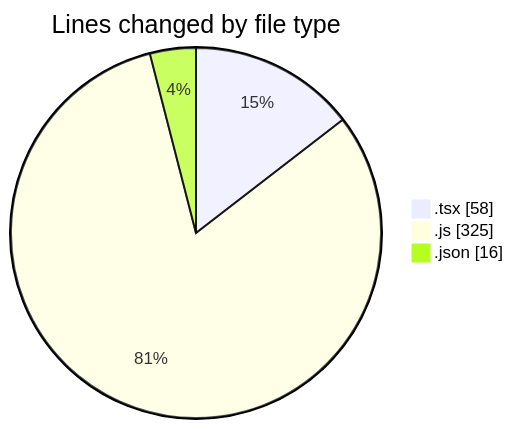
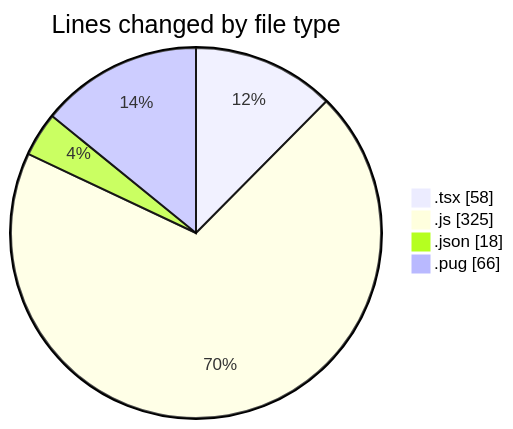
The first of 2 diagrams in 2025-03-07/cda/README.md (momahboobian/code-tracking), drawn with Mermaid before and after one commit. The commit also changed other lines of this file and 1 other file, not shown here.

````diff
--- a/2025-03-07/cda/README.md
+++ b/2025-03-07/cda/README.md
@@ -23,7 +24,8 @@
 ```mermaid
 pie showData
 title Lines changed by file type
 ".tsx" : 58
 ".js" : 325
-".json" : 16
+".json" : 18
+".pug" : 66
 ```
````
